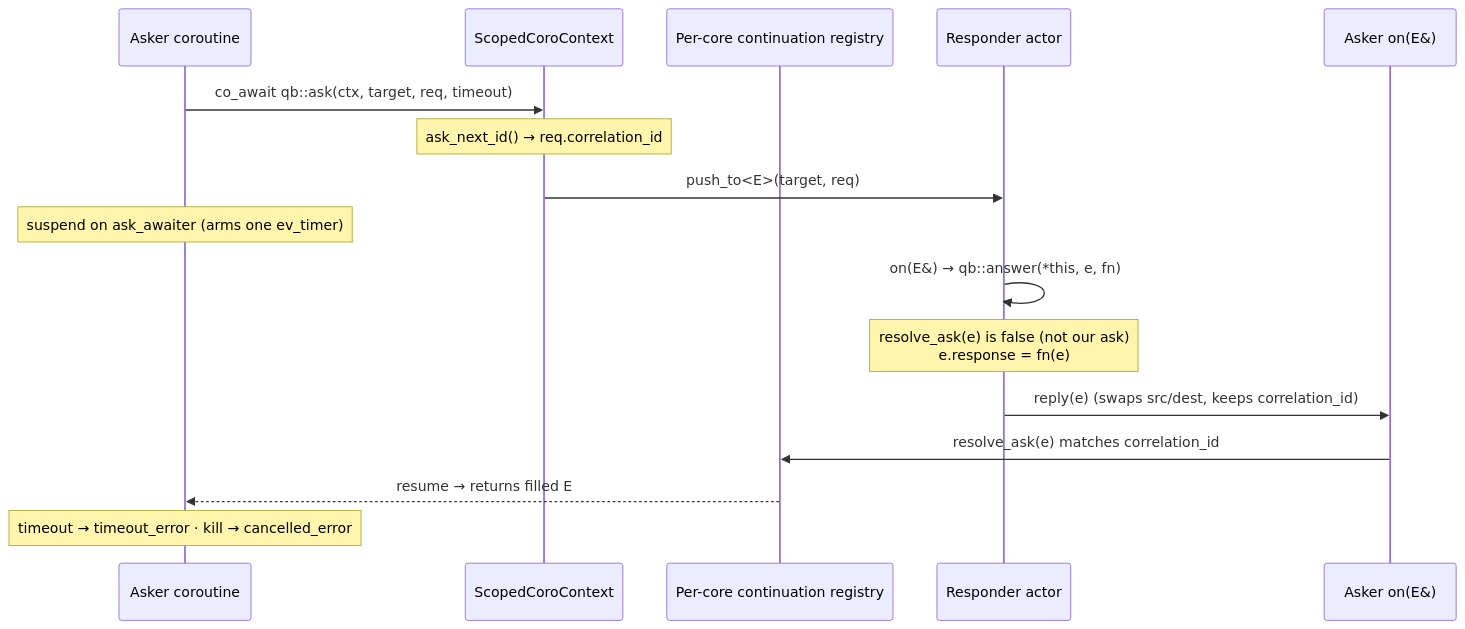
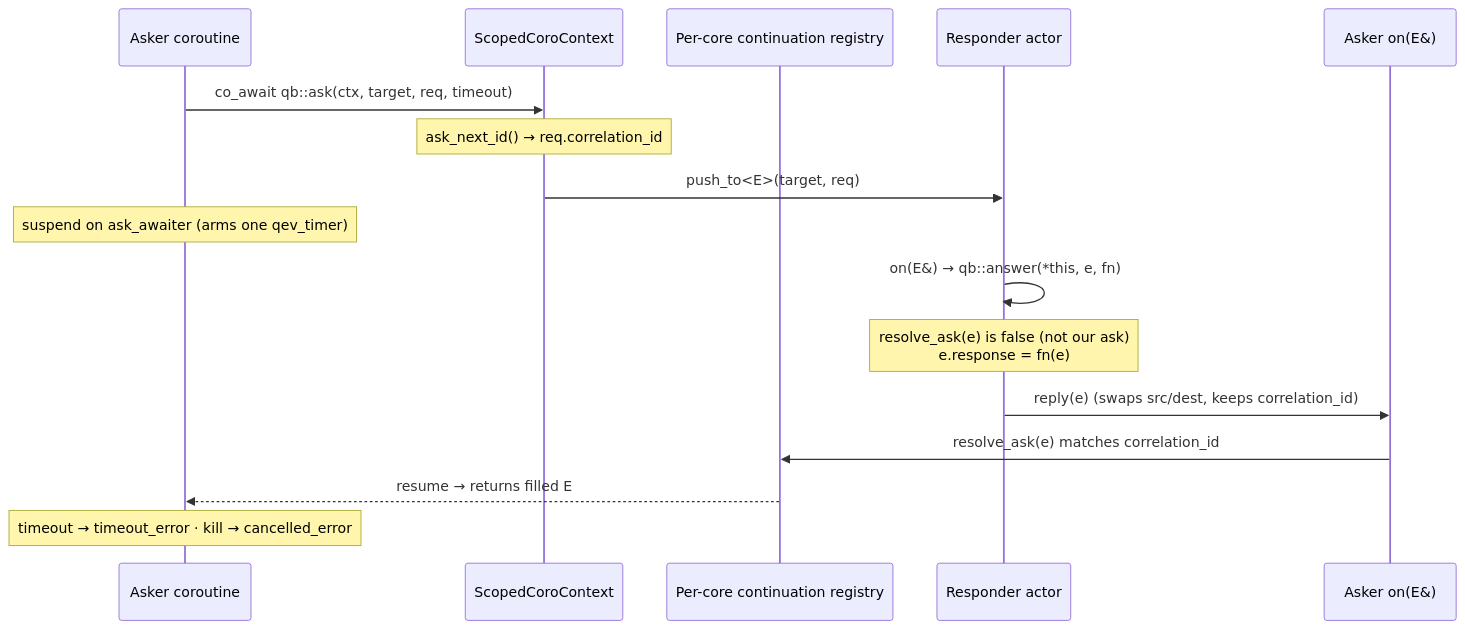
One commit to isndev/qb changed the first of 2 diagrams in readme/4_qb_core/patterns_library.md. Above: the diagram before and after it, drawn with Mermaid. The commit also changed 59 other files, not shown here.

````diff
--- a/readme/4_qb_core/patterns_library.md
+++ b/readme/4_qb_core/patterns_library.md
@@ -167,19 +167,19 @@
 ```mermaid
 sequenceDiagram
     participant Co as Asker coroutine
     participant Ctx as ScopedCoroContext
     participant Reg as Per-core continuation registry
     participant R as Responder actor
     participant H as Asker on(E&)
 
     Co->>Ctx: co_await qb::ask(ctx, target, req, timeout)
     Note over Ctx: ask_next_id() → req.correlation_id
     Ctx->>R: push_to<E>(target, req)
-    Note over Co: suspend on ask_awaiter (arms one ev_timer)
+    Note over Co: suspend on ask_awaiter (arms one qev_timer)
     R->>R: on(E&) → qb::answer(*this, e, fn)
     Note over R: resolve_ask(e) is false (not our ask)<br/>e.response = fn(e)
     R->>H: reply(e)  (swaps src/dest, keeps correlation_id)
     H->>Reg: resolve_ask(e) matches correlation_id
     Reg-->>Co: resume → returns filled E
     Note over Co: timeout → timeout_error · kill → cancelled_error
 ```
````
